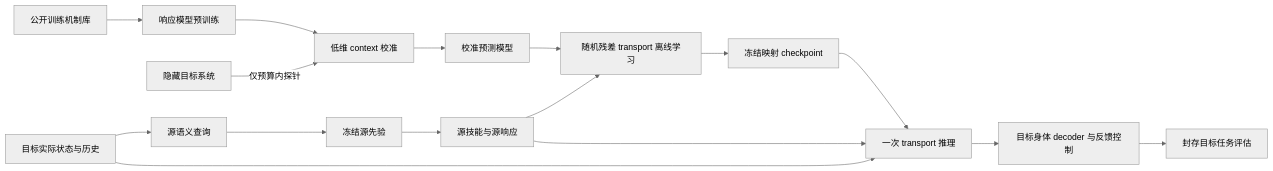
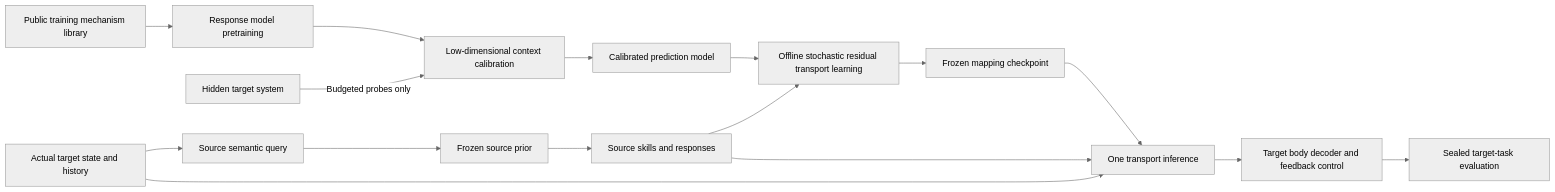
One commit to hhhhzl/genedynamics changed the diagram in docs/development/cross-embodiment-transport-plan.md. Above: the diagram before and after it, drawn with Mermaid (neutral theme). The commit also changed other lines of this file and 102 other files, not shown here.

````diff
--- a/docs/development/cross-embodiment-transport-plan.md
+++ b/docs/development/cross-embodiment-transport-plan.md
@@ -129,18 +129,18 @@
 ```mermaid
 flowchart LR
-    PRE[公开训练机制库] --> RM[响应模型预训练]
-    HT[隐藏目标系统] -->|仅预算内探针| CAL[低维 context 校准]
+    PRE[Public training mechanism library] --> RM[Response model pretraining]
+    HT[Hidden target system] -->|Budgeted probes only| CAL[Low-dimensional context calibration]
     RM --> CAL
-    CAL --> CM[校准预测模型]
-    SP[冻结源先验] --> US[源技能与源响应]
-    US --> TR[随机残差 transport 离线学习]
+    CAL --> CM[Calibrated prediction model]
+    SP[Frozen source prior] --> US[Source skills and responses]
+    US --> TR[Offline stochastic residual transport learning]
     CM --> TR
-    TS[目标实际状态与历史] --> Q[源语义查询]
+    TS[Actual target state and history] --> Q[Source semantic query]
     Q --> SP
-    TR --> CK[冻结映射 checkpoint]
-    US --> INF[一次 transport 推理]
+    TR --> CK[Frozen mapping checkpoint]
+    US --> INF[One transport inference]
     CK --> INF
     TS --> INF
-    INF --> DE[目标身体 decoder 与反馈控制]
-    DE --> EV[封存目标任务评估]
+    INF --> DE[Target body decoder and feedback control]
+    DE --> EV[Sealed target-task evaluation]
 ```
````
